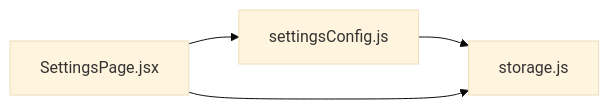
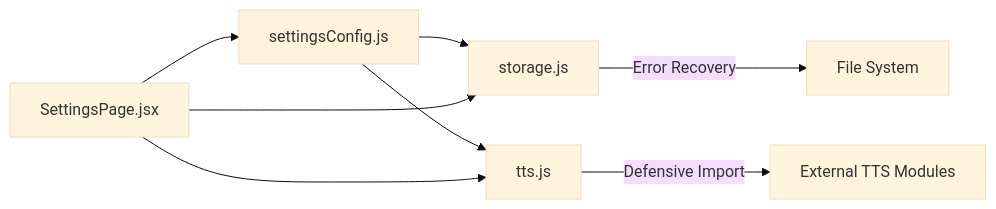
One commit to zmyeo54/briefroom changed the third of 5 diagrams in .qoder/repowiki/en/content/Utility Libraries/Settings Configuration.md. Above: the diagram before and after it, drawn with Mermaid (base theme). The commit also changed other lines of this file and 7 other files, not shown here.

````diff
--- a/.qoder/repowiki/en/content/Utility Libraries/Settings Configuration.md
+++ b/.qoder/repowiki/en/content/Utility Libraries/Settings Configuration.md
@@ -168,6 +236,10 @@
 ```mermaid
 graph LR
 SC["settingsConfig.js"] --> ST["storage.js"]
+SC --> TT["tts.js"]
 SP["SettingsPage.jsx"] --> SC
 SP --> ST
+SP --> TT
+TT --> |Defensive Import| Ext["External TTS Modules"]
+ST --> |Error Recovery| FS["File System"]
 ```
````
